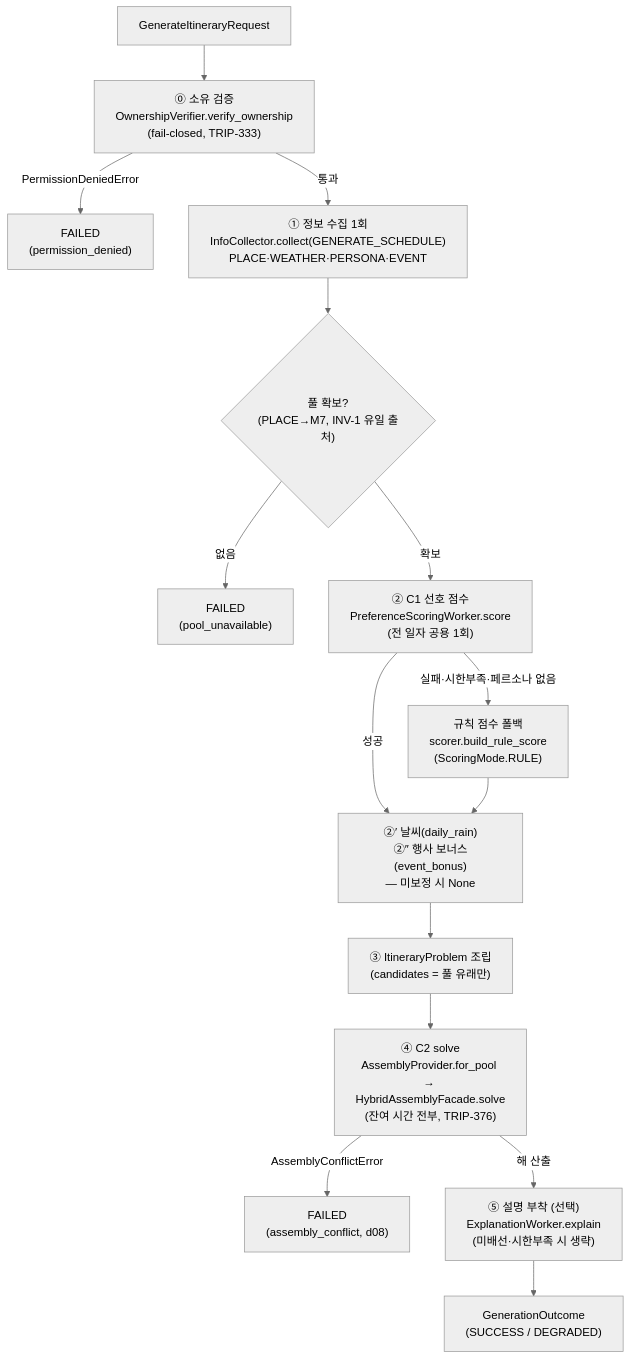
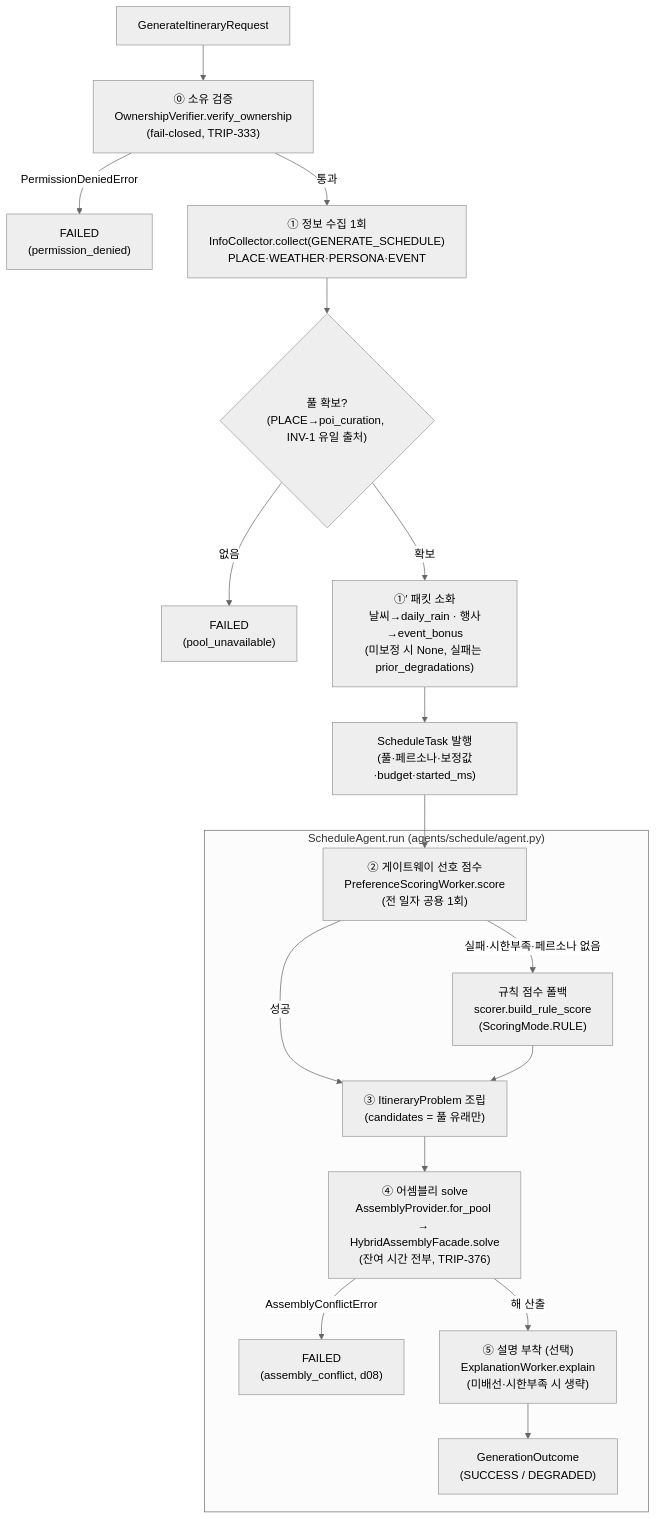
One commit to ASM-TripPilot/trippilot changed the diagram in ai/mermaid/03-itinerary-pipeline.md. Above: the diagram before and after it, drawn with Mermaid (neutral theme). The commit also changed other lines of this file and 21 other files, not shown here.

First line of the commit message:
refactor(ai): ScheduleAgent 를 agents/schedule/ 로 추출 — 오케스트레이터는 수집·위임만

````diff
--- a/ai/mermaid/03-itinerary-pipeline.md
+++ b/ai/mermaid/03-itinerary-pipeline.md
@@ -5,17 +5,21 @@
 ```mermaid
 flowchart TD
     REQ["GenerateItineraryRequest"] --> V0["⓪ 소유 검증<br/>OwnershipVerifier.verify_ownership<br/>(fail-closed, TRIP-333)"]
     V0 -->|PermissionDeniedError| FAIL["FAILED<br/>(permission_denied)"]
     V0 -->|통과| S1["① 정보 수집 1회<br/>InfoCollector.collect(GENERATE_SCHEDULE)<br/>PLACE·WEATHER·PERSONA·EVENT"]
-    S1 --> POOL{"풀 확보?<br/>(PLACE→M7, INV-1 유일 출처)"}
+    S1 --> POOL{"풀 확보?<br/>(PLACE→poi_curation, INV-1 유일 출처)"}
     POOL -->|없음| FAILP["FAILED<br/>(pool_unavailable)"]
-    POOL -->|확보| S2["② C1 선호 점수<br/>PreferenceScoringWorker.score<br/>(전 일자 공용 1회)"]
+    POOL -->|확보| S1D["①′ 패킷 소화<br/>날씨→daily_rain · 행사→event_bonus<br/>(미보정 시 None, 실패는 prior_degradations)"]
+    S1D --> TASK["ScheduleTask 발행<br/>(풀·페르소나·보정값·budget·started_ms)"]
+    subgraph AGENT["ScheduleAgent.run (agents/schedule/agent.py)"]
+    S2["② 게이트웨이 선호 점수<br/>PreferenceScoringWorker.score<br/>(전 일자 공용 1회)"]
     S2 -->|실패·시한부족·페르소나 없음| S2F["규칙 점수 폴백<br/>scorer.build_rule_score<br/>(ScoringMode.RULE)"]
-    S2 -->|성공| S2W
-    S2F --> S2W["②′ 날씨(daily_rain)<br/>②″ 행사 보너스(event_bonus)<br/>— 미보정 시 None"]
-    S2W --> S3["③ ItineraryProblem 조립<br/>(candidates = 풀 유래만)"]
-    S3 --> S4["④ C2 solve<br/>AssemblyProvider.for_pool → HybridAssemblyFacade.solve<br/>(잔여 시간 전부, TRIP-376)"]
+    S2 -->|성공| S3
+    S2F --> S3["③ ItineraryProblem 조립<br/>(candidates = 풀 유래만)"]
+    S3 --> S4["④ 어셈블리 solve<br/>AssemblyProvider.for_pool → HybridAssemblyFacade.solve<br/>(잔여 시간 전부, TRIP-376)"]
     S4 -->|AssemblyConflictError| FAIL2["FAILED<br/>(assembly_conflict, d08)"]
     S4 -->|해 산출| S5["⑤ 설명 부착 (선택)<br/>ExplanationWorker.explain<br/>(미배선·시한부족 시 생략)"]
     S5 --> OUT["GenerationOutcome<br/>(SUCCESS / DEGRADED)"]
+    end
+    TASK --> S2
 ```
````
